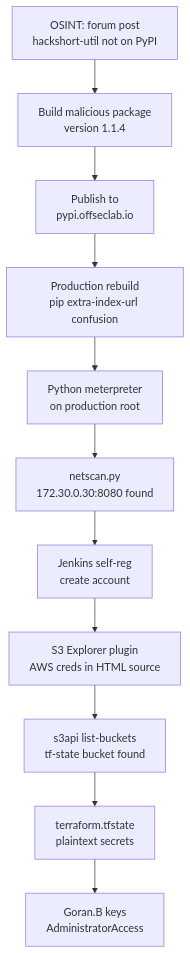
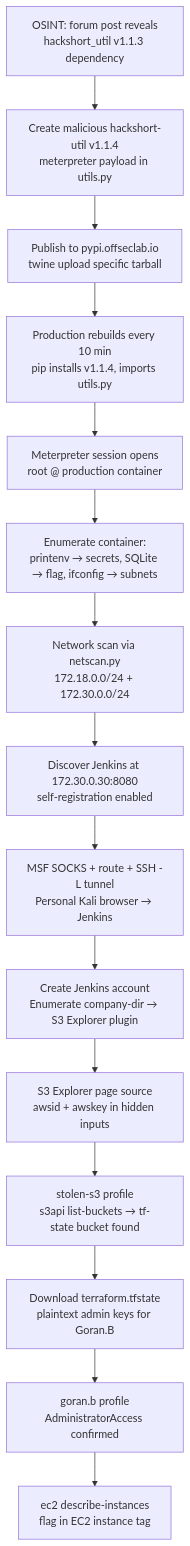
One commit to Essmack90/TJ-OPT changed the second of 2 diagrams in OSCP/MODULES/Attacking AWS Cloud Infrastructure.md. Above: the diagram before and after it, drawn with Mermaid. The commit also changed other lines of this file and 10 other files, not shown here.

````diff
--- a/OSCP/MODULES/Attacking AWS Cloud Infrastructure.md
+++ b/OSCP/MODULES/Attacking AWS Cloud Infrastructure.md
@@ -1025,13 +899,17 @@
 ```mermaid
 flowchart TD
-    A[OSINT: forum post\nhackshort-util not on PyPI] --> B[Build malicious package\nversion 1.1.4]
-    B --> C[Publish to\npypi.offseclab.io]
-    C --> D[Production rebuild\npip extra-index-url confusion]
-    D --> E[Python meterpreter\non production root]
-    E --> F[netscan.py\n172.30.0.30:8080 found]
-    F --> G[Jenkins self-reg\ncreate account]
-    G --> H[S3 Explorer plugin\nAWS creds in HTML source]
-    H --> I[s3api list-buckets\ntf-state bucket found]
-    I --> J[terraform.tfstate\nplaintext secrets]
-    J --> K[Goran.B keys\nAdministratorAccess]
+    A[OSINT: forum post reveals\nhackshort_util v1.1.3 dependency] --> B[Create malicious hackshort-util v1.1.4\nmeterpreter payload in utils.py]
+    B --> C[Publish to pypi.offseclab.io\ntwine upload specific tarball]
+    C --> D[Production rebuilds every 10 min\npip installs v1.1.4, imports utils.py]
+    D --> E[Meterpreter session opens\nroot @ production container]
+    E --> G[Enumerate container:\nprintenv → secrets, SQLite → flag, ifconfig → subnets]
+    G --> H[Network scan via netscan.py\n172.18.0.0/24 + 172.30.0.0/24]
+    H --> I[Discover Jenkins at 172.30.0.30:8080\nself-registration enabled]
+    I --> J[MSF SOCKS + route + SSH -L tunnel\nPersonal Kali browser → Jenkins]
+    J --> K[Create Jenkins account\nEnumerate company-dir → S3 Explorer plugin]
+    K --> L[S3 Explorer page source\nawsid + awskey in hidden inputs]
+    L --> M[stolen-s3 profile\ns3api list-buckets → tf-state bucket found]
+    M --> N[Download terraform.tfstate\nplaintext admin keys for Goran.B]
+    N --> O[goran.b profile\nAdministratorAccess confirmed]
+    O --> P[ec2 describe-instances\nflag in EC2 instance tag]
 ```
````
